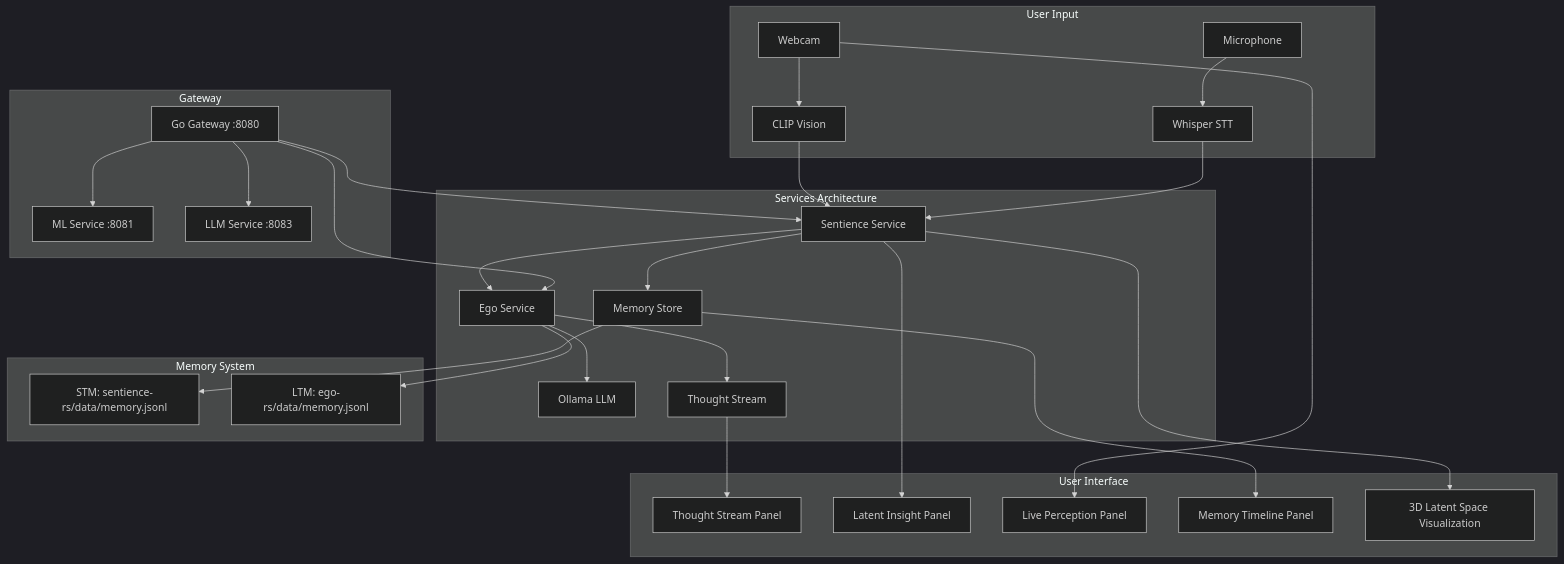
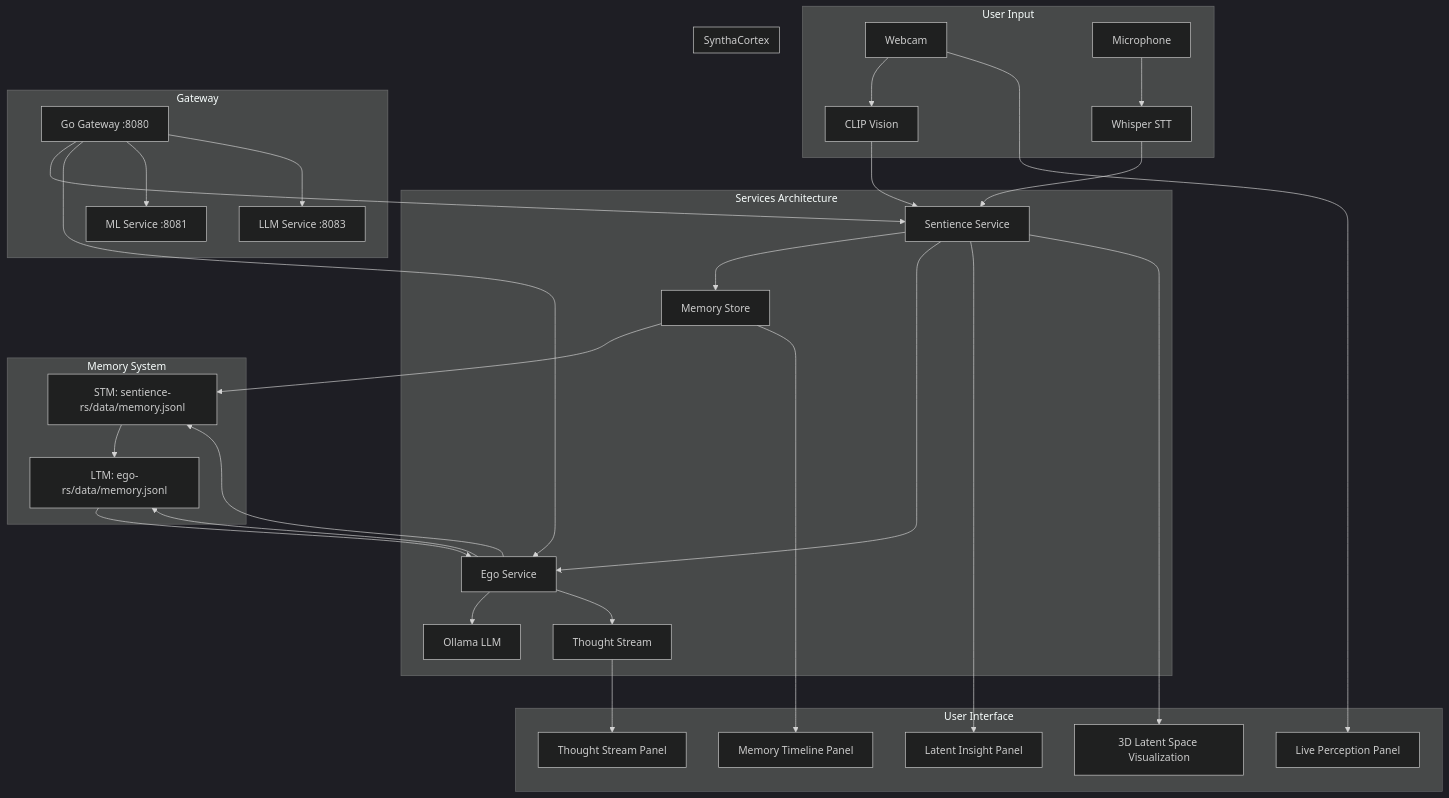
One commit to nbursa/latent-journey changed the diagram in docs/4_SYSTEM_ARCHITECTURE.md. Above: the diagram before and after it, drawn with Mermaid (dark theme). The commit also changed other lines of this file and 4 other files, not shown here.

````diff
--- a/docs/4_SYSTEM_ARCHITECTURE.md
+++ b/docs/4_SYSTEM_ARCHITECTURE.md
@@ -5,36 +5,42 @@
 ```mermaid
 graph TD
   subgraph User Input
     A1[Webcam] --> B1
     A2[Microphone] --> B2
   end
 
   subgraph Services Architecture
     B1[CLIP Vision] --> C[Sentience Service]
     B2[Whisper STT] --> C
     C --> D[Memory Store]
     C --> E[Ego Service]
     E --> F[Ollama LLM]
     E --> G[Thought Stream]
   end
 
   subgraph Memory System
     D --> H[STM: sentience-rs/data/memory.jsonl]
     E --> I[LTM: ego-rs/data/memory.jsonl]
   end
 
+  subgraph SynthaCortex
+    H --> I
+    I --> E
+    E --> H
+  end
+
   subgraph User Interface
     G --> UI1[Thought Stream Panel]
     C --> UI2[Latent Insight Panel]
     A1 --> UI3[Live Perception Panel]
     D --> UI4[Memory Timeline Panel]
     C --> UI5[3D Latent Space Visualization]
   end
 
   subgraph Gateway
     J[Go Gateway :8080] --> C
     J --> E
     J --> K[ML Service :8081]
     J --> L[LLM Service :8083]
   end
 ```
````
